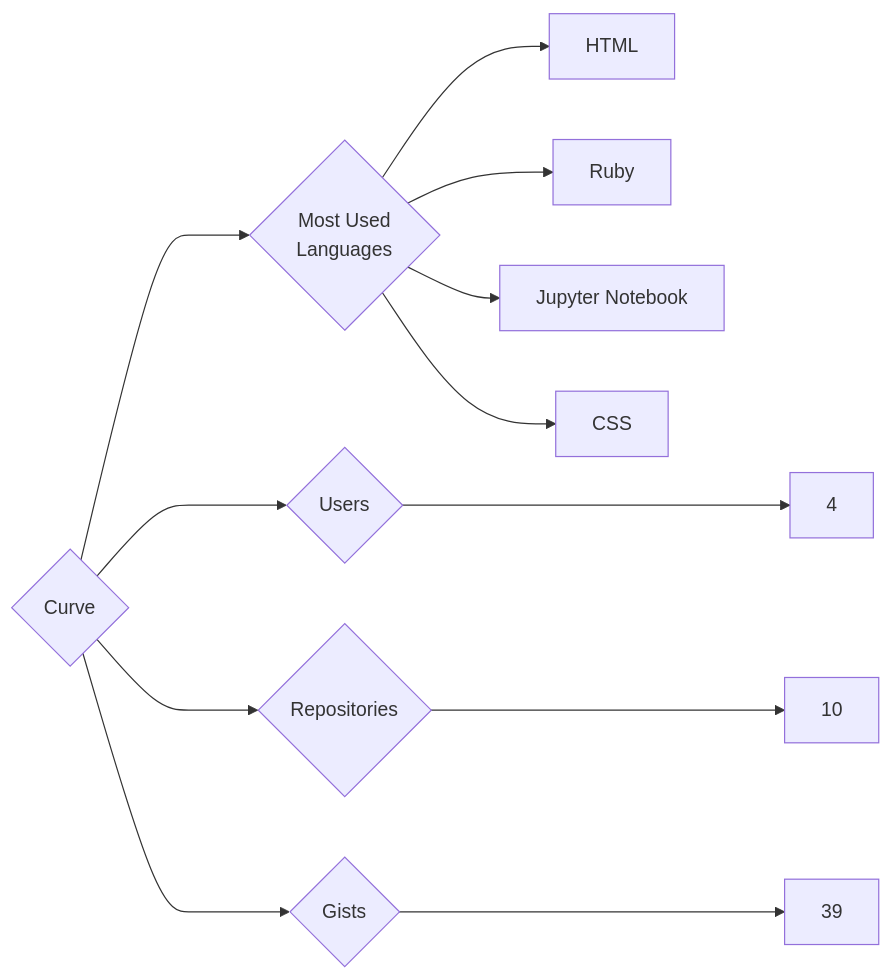
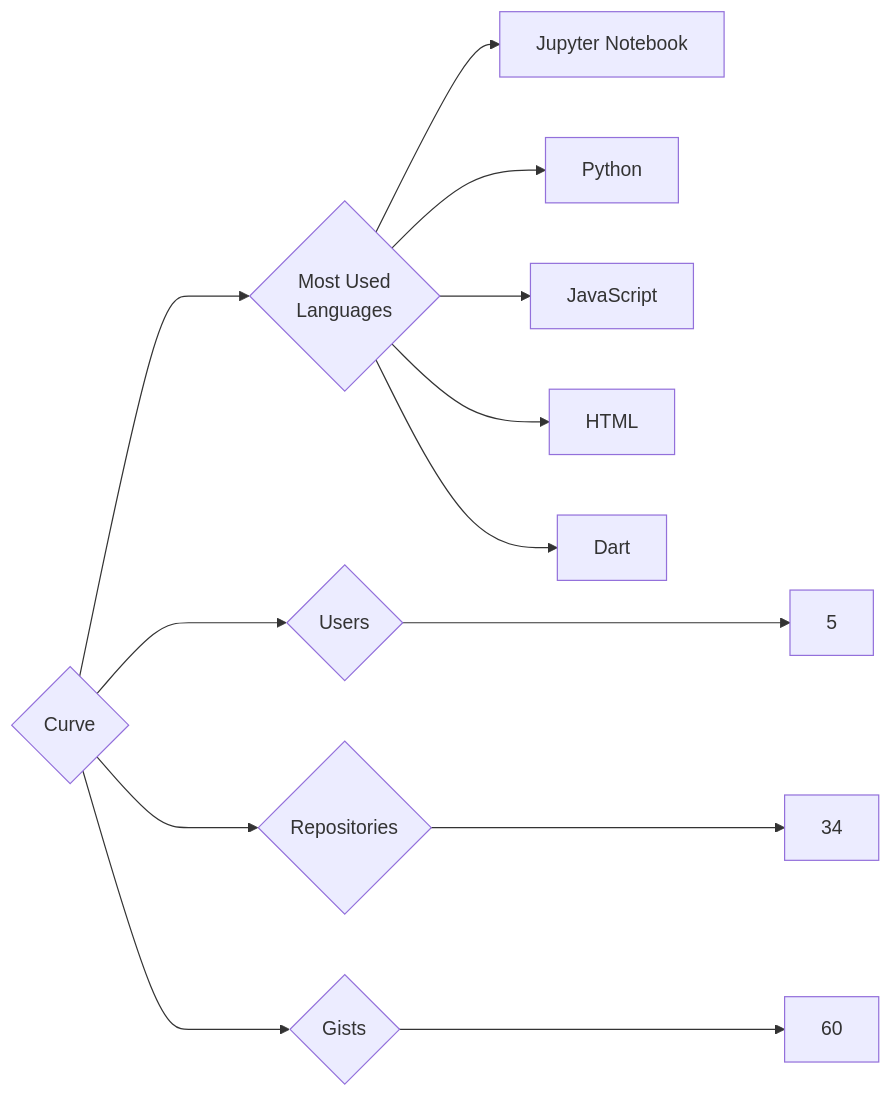
One commit to trickest/insiders changed the diagram in targets/Curve/README.md. Above: the diagram before and after it, drawn with Mermaid. The commit also changed 1238 other files, not shown here.

````diff
--- a/targets/Curve/README.md
+++ b/targets/Curve/README.md
@@ -3,12 +3,13 @@
 ```mermaid
 graph LR
 COMPANY_NAME{Curve}
-COMPANY_NAME ---> U{Users} ---> UN[4]
-COMPANY_NAME ---> R{Repositories} ---> RN[10]
-COMPANY_NAME ---> G{Gists} ---> GN[39]
+COMPANY_NAME ---> U{Users} ---> UN[5]
+COMPANY_NAME ---> R{Repositories} ---> RN[34]
+COMPANY_NAME ---> G{Gists} ---> GN[60]
 COMPANY_NAME ---> ML{Most Used<br>Languages}
+ML --> Jupyter_Notebook[Jupyter Notebook]
+ML --> Python[Python]
+ML --> JavaScript[JavaScript]
 ML --> HTML[HTML]
-ML --> Ruby[Ruby]
-ML --> Jupyter_Notebook[Jupyter Notebook]
-ML --> CSS[CSS]
+ML --> Dart[Dart]
 ```
````
